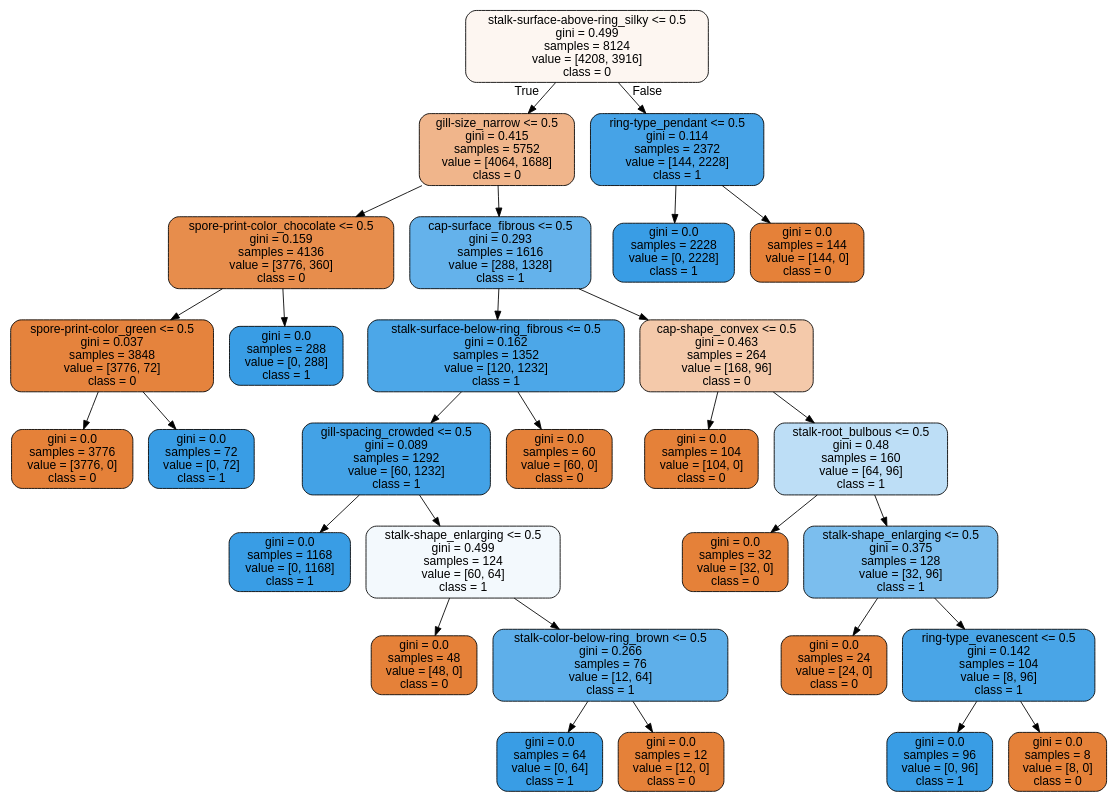
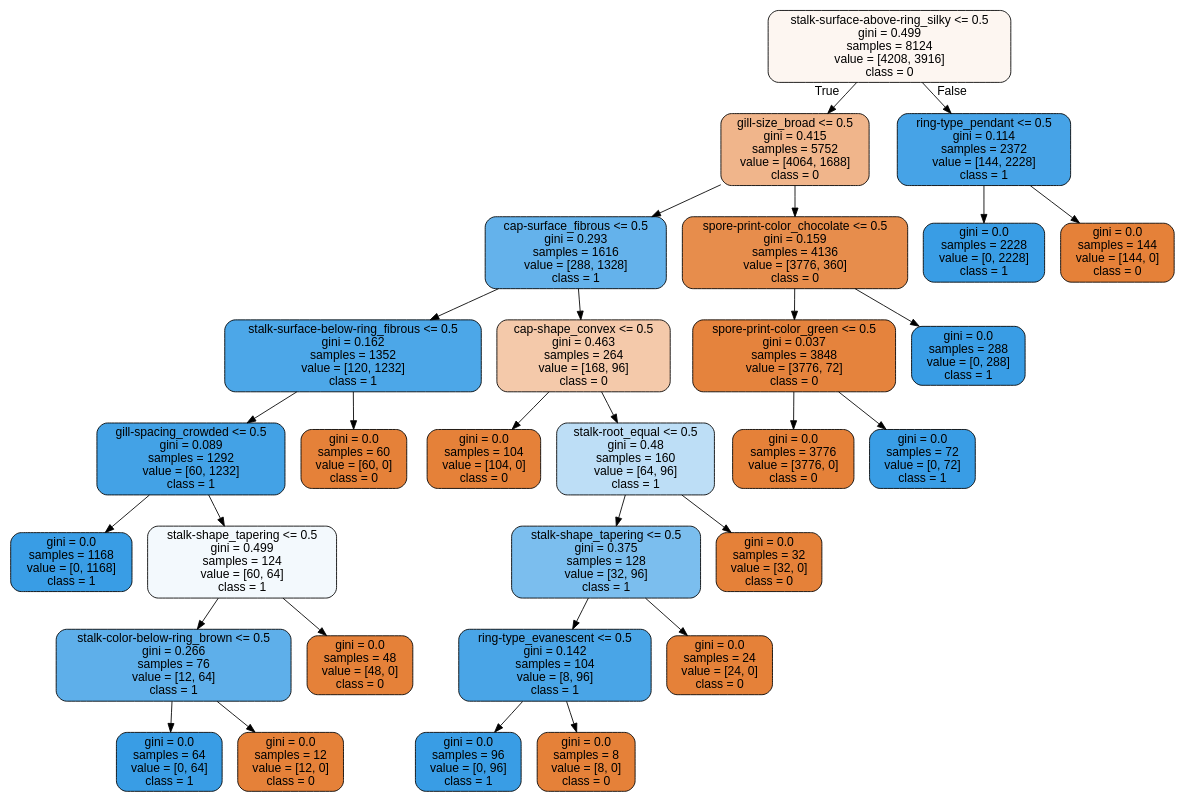
Before and after one commit to Tharindakarawita/Machine-Learning-Repository: the diagram in Mushroom dataset/Learning_modle_only_used_with_Visualization/Visualization_Poison_recommender.dot, drawn with Graphviz. The commit also changed 2 other files, not shown here.

```diff
--- a/Mushroom dataset/Learning_modle_only_used_with_Visualization/Visualization_Poison_recommender.dot
+++ b/Mushroom dataset/Learning_modle_only_used_with_Visualization/Visualization_Poison_recommender.dot
@@ -1,61 +1,61 @@
 digraph Tree {
 node [shape=box, style="filled, rounded", color="black", fontname="helvetica"] ;
 edge [fontname="helvetica"] ;
 0 [label="stalk-surface-above-ring_silky <= 0.5\ngini = 0.499\nsamples = 8124\nvalue = [4208, 3916]\nclass = 0", fillcolor="#fdf6f1"] ;
-1 [label="gill-size_narrow <= 0.5\ngini = 0.415\nsamples = 5752\nvalue = [4064, 1688]\nclass = 0", fillcolor="#f0b58b"] ;
+1 [label="gill-size_broad <= 0.5\ngini = 0.415\nsamples = 5752\nvalue = [4064, 1688]\nclass = 0", fillcolor="#f0b58b"] ;
 0 -> 1 [labeldistance=2.5, labelangle=45, headlabel="True"] ;
-2 [label="spore-print-color_chocolate <= 0.5\ngini = 0.159\nsamples = 4136\nvalue = [3776, 360]\nclass = 0", fillcolor="#e78d4c"] ;
+2 [label="cap-surface_fibrous <= 0.5\ngini = 0.293\nsamples = 1616\nvalue = [288, 1328]\nclass = 1", fillcolor="#64b2eb"] ;
 1 -> 2 ;
-3 [label="spore-print-color_green <= 0.5\ngini = 0.037\nsamples = 3848\nvalue = [3776, 72]\nclass = 0", fillcolor="#e5833d"] ;
+3 [label="stalk-surface-below-ring_fibrous <= 0.5\ngini = 0.162\nsamples = 1352\nvalue = [120, 1232]\nclass = 1", fillcolor="#4ca7e8"] ;
 2 -> 3 ;
-4 [label="gini = 0.0\nsamples = 3776\nvalue = [3776, 0]\nclass = 0", fillcolor="#e58139"] ;
+4 [label="gill-spacing_crowded <= 0.5\ngini = 0.089\nsamples = 1292\nvalue = [60, 1232]\nclass = 1", fillcolor="#43a2e6"] ;
 3 -> 4 ;
-5 [label="gini = 0.0\nsamples = 72\nvalue = [0, 72]\nclass = 1", fillcolor="#399de5"] ;
-3 -> 5 ;
-6 [label="gini = 0.0\nsamples = 288\nvalue = [0, 288]\nclass = 1", fillcolor="#399de5"] ;
-2 -> 6 ;
-7 [label="cap-surface_fibrous <= 0.5\ngini = 0.293\nsamples = 1616\nvalue = [288, 1328]\nclass = 1", fillcolor="#64b2eb"] ;
-1 -> 7 ;
-8 [label="stalk-surface-below-ring_fibrous <= 0.5\ngini = 0.162\nsamples = 1352\nvalue = [120, 1232]\nclass = 1", fillcolor="#4ca7e8"] ;
+5 [label="gini = 0.0\nsamples = 1168\nvalue = [0, 1168]\nclass = 1", fillcolor="#399de5"] ;
+4 -> 5 ;
+6 [label="stalk-shape_tapering <= 0.5\ngini = 0.499\nsamples = 124\nvalue = [60, 64]\nclass = 1", fillcolor="#f3f9fd"] ;
+4 -> 6 ;
+7 [label="stalk-color-below-ring_brown <= 0.5\ngini = 0.266\nsamples = 76\nvalue = [12, 64]\nclass = 1", fillcolor="#5eafea"] ;
+6 -> 7 ;
+8 [label="gini = 0.0\nsamples = 64\nvalue = [0, 64]\nclass = 1", fillcolor="#399de5"] ;
 7 -> 8 ;
-9 [label="gill-spacing_crowded <= 0.5\ngini = 0.089\nsamples = 1292\nvalue = [60, 1232]\nclass = 1", fillcolor="#43a2e6"] ;
-8 -> 9 ;
-10 [label="gini = 0.0\nsamples = 1168\nvalue = [0, 1168]\nclass = 1", fillcolor="#399de5"] ;
-9 -> 10 ;
-11 [label="stalk-shape_enlarging <= 0.5\ngini = 0.499\nsamples = 124\nvalue = [60, 64]\nclass = 1", fillcolor="#f3f9fd"] ;
-9 -> 11 ;
-12 [label="gini = 0.0\nsamples = 48\nvalue = [48, 0]\nclass = 0", fillcolor="#e58139"] ;
-11 -> 12 ;
-13 [label="stalk-color-below-ring_brown <= 0.5\ngini = 0.266\nsamples = 76\nvalue = [12, 64]\nclass = 1", fillcolor="#5eafea"] ;
-11 -> 13 ;
-14 [label="gini = 0.0\nsamples = 64\nvalue = [0, 64]\nclass = 1", fillcolor="#399de5"] ;
-13 -> 14 ;
-15 [label="gini = 0.0\nsamples = 12\nvalue = [12, 0]\nclass = 0", fillcolor="#e58139"] ;
-13 -> 15 ;
-16 [label="gini = 0.0\nsamples = 60\nvalue = [60, 0]\nclass = 0", fillcolor="#e58139"] ;
-8 -> 16 ;
-17 [label="cap-shape_convex <= 0.5\ngini = 0.463\nsamples = 264\nvalue = [168, 96]\nclass = 0", fillcolor="#f4c9aa"] ;
-7 -> 17 ;
-18 [label="gini = 0.0\nsamples = 104\nvalue = [104, 0]\nclass = 0", fillcolor="#e58139"] ;
-17 -> 18 ;
-19 [label="stalk-root_bulbous <= 0.5\ngini = 0.48\nsamples = 160\nvalue = [64, 96]\nclass = 1", fillcolor="#bddef6"] ;
-17 -> 19 ;
+9 [label="gini = 0.0\nsamples = 12\nvalue = [12, 0]\nclass = 0", fillcolor="#e58139"] ;
+7 -> 9 ;
+10 [label="gini = 0.0\nsamples = 48\nvalue = [48, 0]\nclass = 0", fillcolor="#e58139"] ;
+6 -> 10 ;
+11 [label="gini = 0.0\nsamples = 60\nvalue = [60, 0]\nclass = 0", fillcolor="#e58139"] ;
+3 -> 11 ;
+12 [label="cap-shape_convex <= 0.5\ngini = 0.463\nsamples = 264\nvalue = [168, 96]\nclass = 0", fillcolor="#f4c9aa"] ;
+2 -> 12 ;
+13 [label="gini = 0.0\nsamples = 104\nvalue = [104, 0]\nclass = 0", fillcolor="#e58139"] ;
+12 -> 13 ;
+14 [label="stalk-root_equal <= 0.5\ngini = 0.48\nsamples = 160\nvalue = [64, 96]\nclass = 1", fillcolor="#bddef6"] ;
+12 -> 14 ;
+15 [label="stalk-shape_tapering <= 0.5\ngini = 0.375\nsamples = 128\nvalue = [32, 96]\nclass = 1", fillcolor="#7bbeee"] ;
+14 -> 15 ;
+16 [label="ring-type_evanescent <= 0.5\ngini = 0.142\nsamples = 104\nvalue = [8, 96]\nclass = 1", fillcolor="#49a5e7"] ;
+15 -> 16 ;
+17 [label="gini = 0.0\nsamples = 96\nvalue = [0, 96]\nclass = 1", fillcolor="#399de5"] ;
+16 -> 17 ;
+18 [label="gini = 0.0\nsamples = 8\nvalue = [8, 0]\nclass = 0", fillcolor="#e58139"] ;
+16 -> 18 ;
+19 [label="gini = 0.0\nsamples = 24\nvalue = [24, 0]\nclass = 0", fillcolor="#e58139"] ;
+15 -> 19 ;
 20 [label="gini = 0.0\nsamples = 32\nvalue = [32, 0]\nclass = 0", fillcolor="#e58139"] ;
-19 -> 20 ;
-21 [label="stalk-shape_enlarging <= 0.5\ngini = 0.375\nsamples = 128\nvalue = [32, 96]\nclass = 1", fillcolor="#7bbeee"] ;
-19 -> 21 ;
-22 [label="gini = 0.0\nsamples = 24\nvalue = [24, 0]\nclass = 0", fillcolor="#e58139"] ;
+14 -> 20 ;
+21 [label="spore-print-color_chocolate <= 0.5\ngini = 0.159\nsamples = 4136\nvalue = [3776, 360]\nclass = 0", fillcolor="#e78d4c"] ;
+1 -> 21 ;
+22 [label="spore-print-color_green <= 0.5\ngini = 0.037\nsamples = 3848\nvalue = [3776, 72]\nclass = 0", fillcolor="#e5833d"] ;
 21 -> 22 ;
-23 [label="ring-type_evanescent <= 0.5\ngini = 0.142\nsamples = 104\nvalue = [8, 96]\nclass = 1", fillcolor="#49a5e7"] ;
-21 -> 23 ;
-24 [label="gini = 0.0\nsamples = 96\nvalue = [0, 96]\nclass = 1", fillcolor="#399de5"] ;
-23 -> 24 ;
-25 [label="gini = 0.0\nsamples = 8\nvalue = [8, 0]\nclass = 0", fillcolor="#e58139"] ;
-23 -> 25 ;
+23 [label="gini = 0.0\nsamples = 3776\nvalue = [3776, 0]\nclass = 0", fillcolor="#e58139"] ;
+22 -> 23 ;
+24 [label="gini = 0.0\nsamples = 72\nvalue = [0, 72]\nclass = 1", fillcolor="#399de5"] ;
+22 -> 24 ;
+25 [label="gini = 0.0\nsamples = 288\nvalue = [0, 288]\nclass = 1", fillcolor="#399de5"] ;
+21 -> 25 ;
 26 [label="ring-type_pendant <= 0.5\ngini = 0.114\nsamples = 2372\nvalue = [144, 2228]\nclass = 1", fillcolor="#46a3e7"] ;
 0 -> 26 [labeldistance=2.5, labelangle=-45, headlabel="False"] ;
 27 [label="gini = 0.0\nsamples = 2228\nvalue = [0, 2228]\nclass = 1", fillcolor="#399de5"] ;
 26 -> 27 ;
 28 [label="gini = 0.0\nsamples = 144\nvalue = [144, 0]\nclass = 0", fillcolor="#e58139"] ;
 26 -> 28 ;
 }
```
